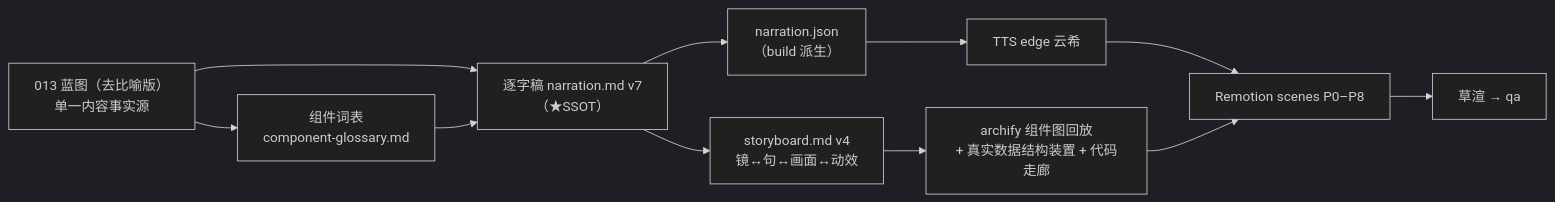
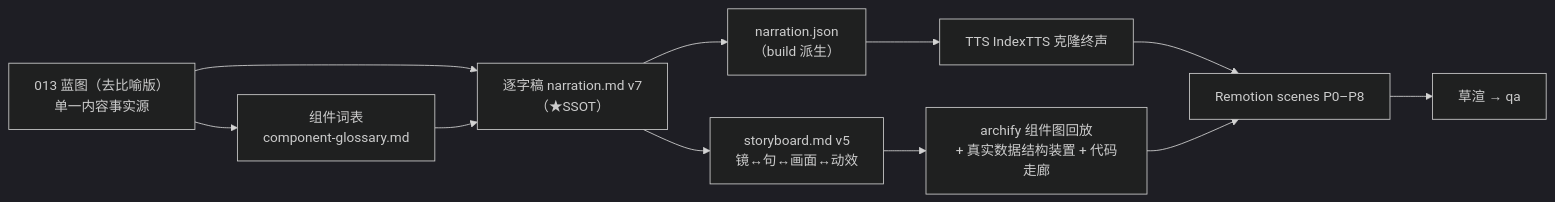
One commit to ThreeFish-AI/negentropy changed the diagram in apps/negentropy-influence/episodes/context-layer-video/script/planning.md. Above: the diagram before and after it, drawn with Mermaid (dark theme). The commit also changed other lines of this file and 3 other files, not shown here.

First line of the commit message:
chore(video): context-layer 第 2 集评审登记同步——README v2 交付行（余量参照 30 分钟硬顶口径）与复现流水线③克隆终声注释、pipeline.toml 8291 字/27.3 分、planning 形态行/管线图 v5/TTS 节点/平台行、storyboard 组件清单 14 件/镜名 1-Eb/lead 规则 as-built 口径;

````diff
--- a/apps/negentropy-influence/episodes/context-layer-video/script/planning.md
+++ b/apps/negentropy-influence/episodes/context-layer-video/script/planning.md
@@ -74,13 +74,13 @@
 ```mermaid
 flowchart LR
     A["013 蓝图（去比喻版）<br/>单一内容事实源"] --> G["组件词表<br/>component-glossary.md"]
     A --> B["逐字稿 narration.md v7<br/>（★SSOT）"]
     G --> B
     B --> D["narration.json<br/>（build 派生）"]
-    D --> E["TTS edge 云希"]
-    B --> F["storyboard.md v4<br/>镜↔句↔画面↔动效"]
+    D --> E["TTS IndexTTS 克隆终声"]
+    B --> F["storyboard.md v5<br/>镜↔句↔画面↔动效"]
     F --> H["archify 组件图回放<br/>+ 真实数据结构装置 + 代码走廊"]
     E --> I["Remotion scenes P0–P8"]
     H --> I
     I --> J["草渲 → qa"]
 ```
````
